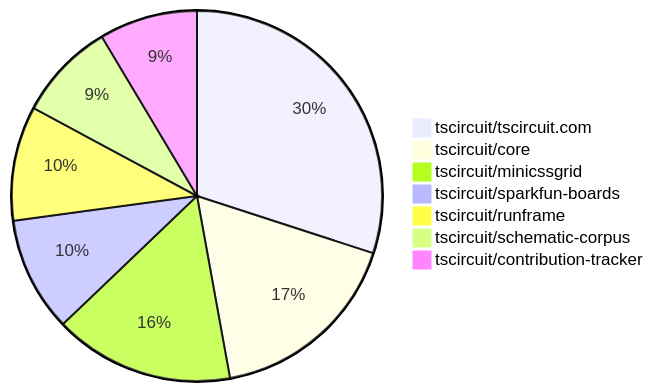
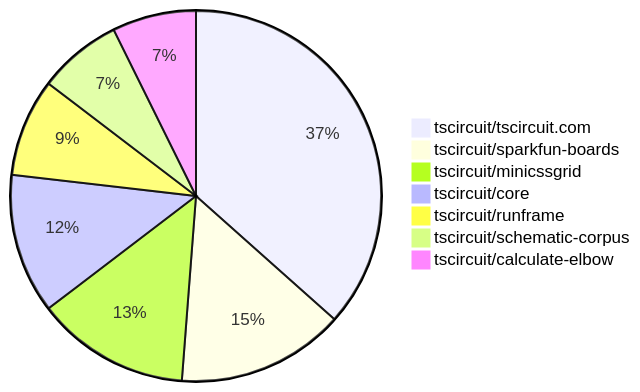
The second of 2 diagrams in README.md (tscircuit/contribution-tracker), drawn with Mermaid before and after one commit. The commit also changed other lines of this file and 3 other files, not shown here.

````diff
--- a/README.md
+++ b/README.md
@@ -109,10 +111,10 @@
 ```mermaid
 pie
-    "tscircuit/tscircuit.com" : 21
-    "tscircuit/core" : 12
+    "tscircuit/tscircuit.com" : 30
+    "tscircuit/sparkfun-boards" : 12
     "tscircuit/minicssgrid" : 11
-    "tscircuit/sparkfun-boards" : 7
+    "tscircuit/core" : 10
     "tscircuit/runframe" : 7
     "tscircuit/schematic-corpus" : 6
-    "tscircuit/contribution-tracker" : 6
+    "tscircuit/calculate-elbow" : 6
 ```
````
